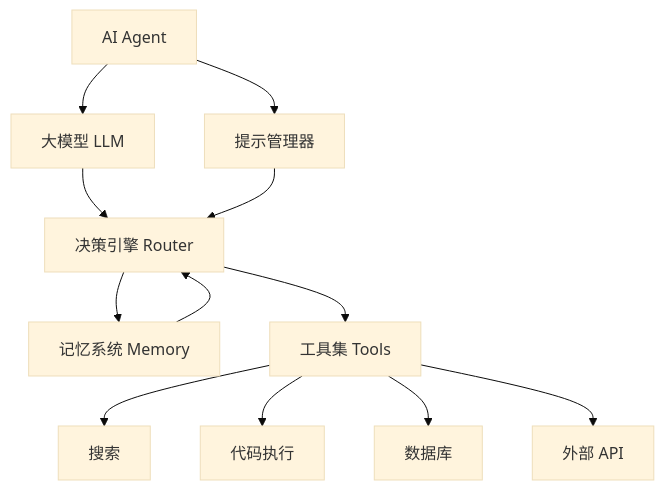
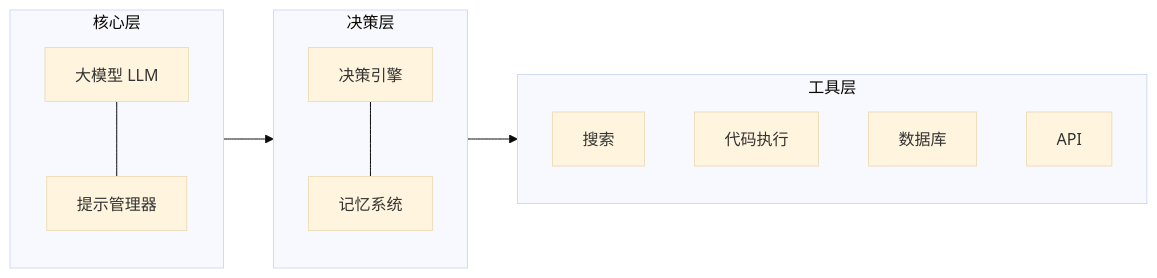
The diagram in content/articles/build-ai-agent.md (ifnodoraemon/ifnodoraemon.github.io), drawn with Mermaid (base theme) before and after one commit. The commit also changed 2 other files, not shown here.

Commit message:
style(articles): 优化 Mermaid 图表视觉效果
- 调整 Mermaid 主题：深色节点背景、紫色边框、更高对比度
- AI Agent 架构图改为水平分层布局（核心层/决策层/工具层）
- 新增 .mermaid 容器 CSS（圆角边框、居中、深色背景）

````diff
--- a/content/articles/build-ai-agent.md
+++ b/content/articles/build-ai-agent.md
@@ -23,14 +23,13 @@
 ```mermaid
-graph TD
-    A["AI Agent"] --> B["大模型 LLM"]
-    A --> C["提示管理器"]
-    B --> D["决策引擎 Router"]
-    C --> D
-    D --> E["记忆系统 Memory"]
-    E --> D
-    D --> F["工具集 Tools"]
-    F --> G["搜索"]
-    F --> H["代码执行"]
-    F --> I["数据库"]
-    F --> J["外部 API"]
+graph LR
+    subgraph Core["核心层"]
+        LLM["大模型 LLM"] --- PM["提示管理器"]
+    end
+    subgraph Decision["决策层"]
+        Router["决策引擎"] --- Memory["记忆系统"]
+    end
+    subgraph Tools["工具层"]
+        T1["搜索"] & T2["代码执行"] & T3["数据库"] & T4["API"]
+    end
+    Core --> Decision --> Tools
 ```
````
